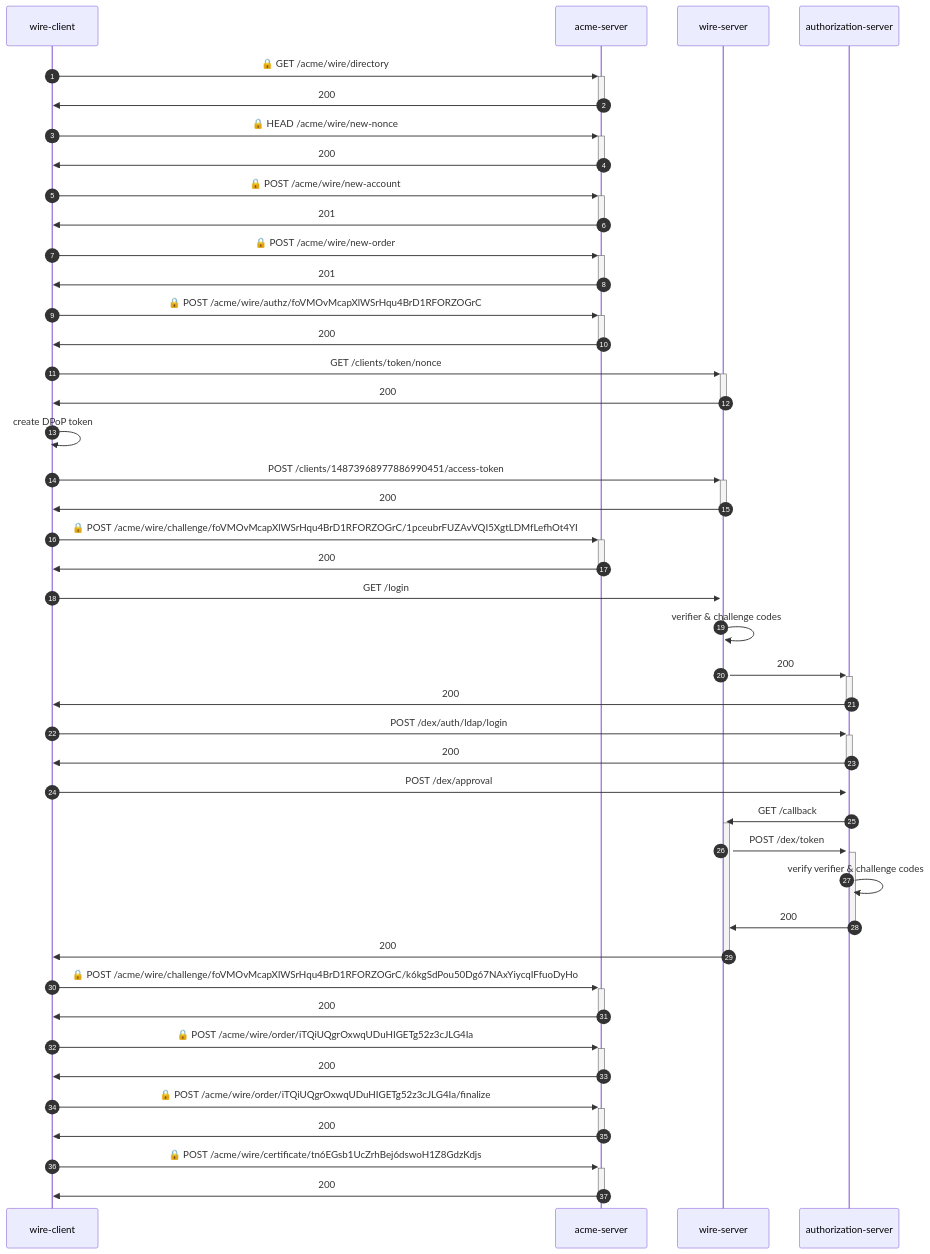
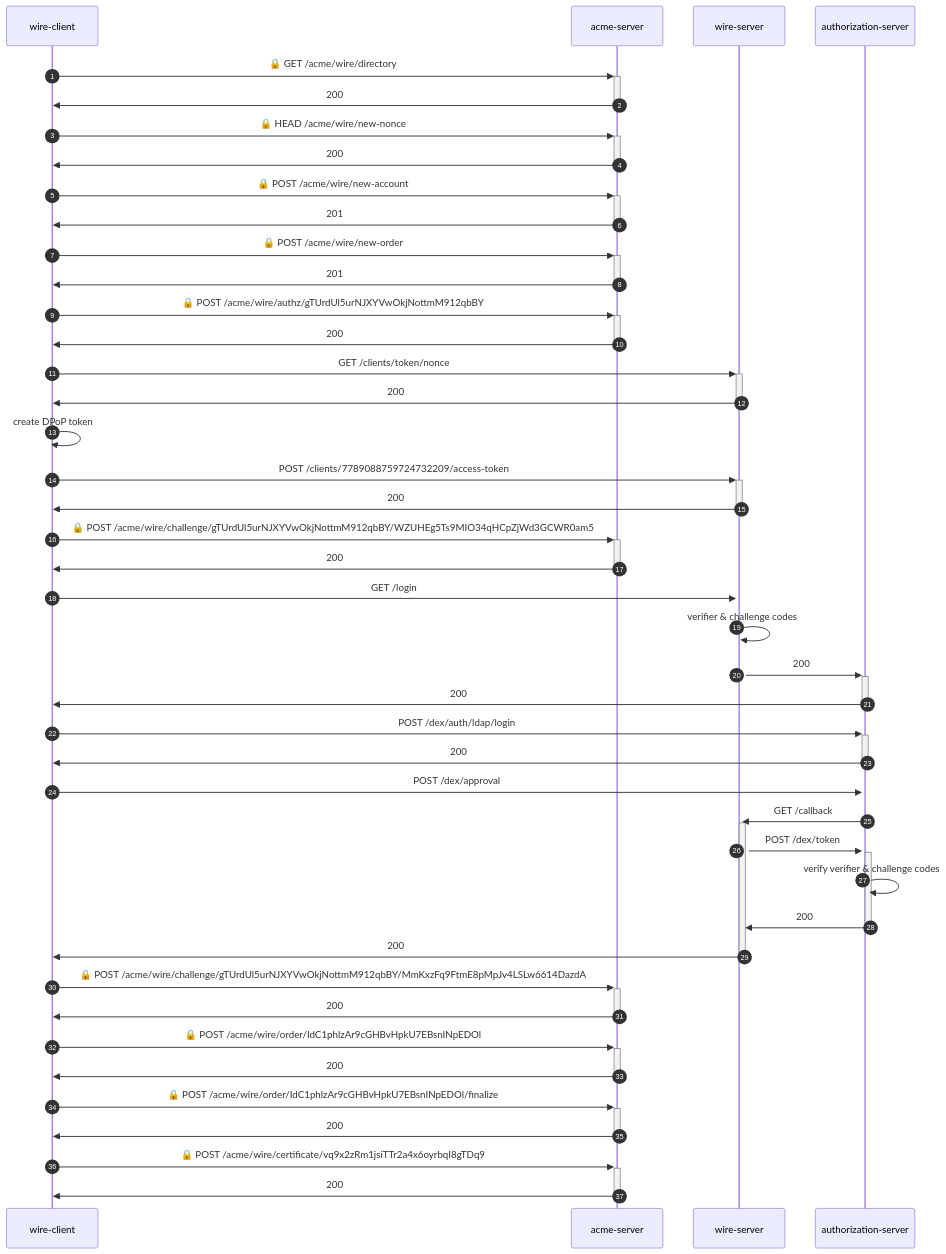
Before and after one commit to wireapp/rusty-jwt-tools: the diagram in e2e-identity/README.md, drawn with Mermaid. The commit also changed other lines of this file and 15 other files, not shown here.

````diff
--- a/e2e-identity/README.md
+++ b/e2e-identity/README.md
@@ -3,41 +3,41 @@
 ```mermaid
 sequenceDiagram
     autonumber
     wire-client->>+acme-server: 🔒 GET /acme/wire/directory
     acme-server->>-wire-client: 200
     wire-client->>+acme-server: 🔒 HEAD /acme/wire/new-nonce
     acme-server->>-wire-client: 200
     wire-client->>+acme-server: 🔒 POST /acme/wire/new-account
     acme-server->>-wire-client: 201
     wire-client->>+acme-server: 🔒 POST /acme/wire/new-order
     acme-server->>-wire-client: 201
-    wire-client->>+acme-server: 🔒 POST /acme/wire/authz/foVMOvMcapXlWSrHqu4BrD1RFORZOGrC
+    wire-client->>+acme-server: 🔒 POST /acme/wire/authz/gTUrdUl5urNJXYVwOkjNottmM912qbBY
     acme-server->>-wire-client: 200
     wire-client->>+wire-server:  GET /clients/token/nonce
     wire-server->>-wire-client: 200
     wire-client->>wire-client: create DPoP token
-    wire-client->>+wire-server:  POST /clients/14873968977886990451/access-token
+    wire-client->>+wire-server:  POST /clients/7789088759724732209/access-token
     wire-server->>-wire-client: 200
-    wire-client->>+acme-server: 🔒 POST /acme/wire/challenge/foVMOvMcapXlWSrHqu4BrD1RFORZOGrC/1pceubrFUZAvVQI5XgtLDMfLefhOt4YI
+    wire-client->>+acme-server: 🔒 POST /acme/wire/challenge/gTUrdUl5urNJXYVwOkjNottmM912qbBY/WZUHEg5Ts9MIO34qHCpZjWd3GCWR0am5
     acme-server->>-wire-client: 200
     wire-client->>+wire-server:  GET /login
     wire-server->>wire-server: verifier & challenge codes
     wire-server->>+authorization-server:  200
     authorization-server->>-wire-client: 200
     wire-client->>+authorization-server:  POST /dex/auth/ldap/login
     authorization-server->>-wire-client: 200
     wire-client->>+authorization-server:  POST /dex/approval
     authorization-server->>+wire-server:  GET /callback
     wire-server->>+authorization-server:  POST /dex/token
     authorization-server->>authorization-server: verify verifier & challenge codes
     authorization-server->>-wire-server: 200
     wire-server->>-wire-client: 200
-    wire-client->>+acme-server: 🔒 POST /acme/wire/challenge/foVMOvMcapXlWSrHqu4BrD1RFORZOGrC/k6kgSdPou50Dg67NAxYiycqIFfuoDyHo
+    wire-client->>+acme-server: 🔒 POST /acme/wire/challenge/gTUrdUl5urNJXYVwOkjNottmM912qbBY/MmKxzFq9FtmE8pMpJv4LSLw6614DazdA
     acme-server->>-wire-client: 200
-    wire-client->>+acme-server: 🔒 POST /acme/wire/order/iTQiUQgrOxwqUDuHIGETg52z3cJLG4Ia
+    wire-client->>+acme-server: 🔒 POST /acme/wire/order/IdC1phlzAr9cGHBvHpkU7EBsnINpEDOl
     acme-server->>-wire-client: 200
-    wire-client->>+acme-server: 🔒 POST /acme/wire/order/iTQiUQgrOxwqUDuHIGETg52z3cJLG4Ia/finalize
+    wire-client->>+acme-server: 🔒 POST /acme/wire/order/IdC1phlzAr9cGHBvHpkU7EBsnINpEDOl/finalize
     acme-server->>-wire-client: 200
-    wire-client->>+acme-server: 🔒 POST /acme/wire/certificate/tn6EGsb1UcZrhBej6dswoH1Z8GdzKdjs
+    wire-client->>+acme-server: 🔒 POST /acme/wire/certificate/vq9x2zRm1jsiTTr2a4x6oyrbqI8gTDq9
     acme-server->>-wire-client: 200
 ```
````
